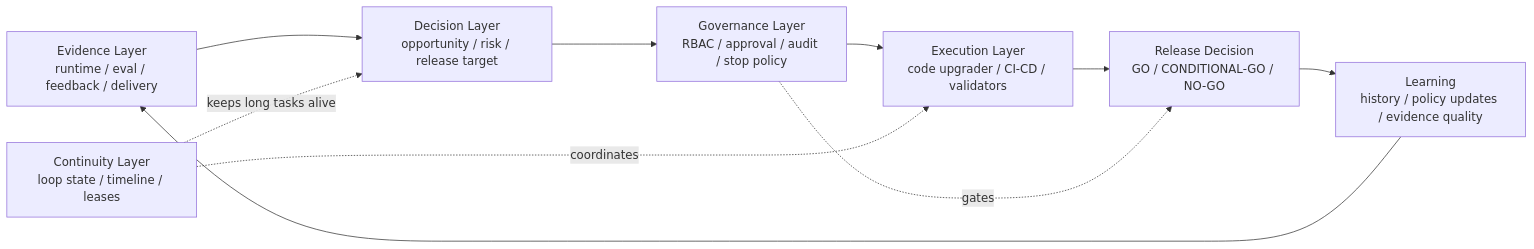
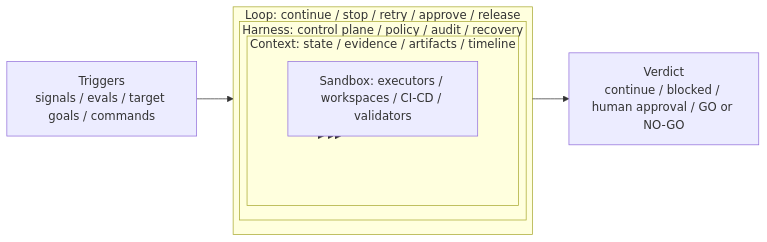
One commit to yeliang-wang/evopilot changed the diagram in docs/architecture/continuous-evolution-control-plane.md. Above: the diagram before and after it, drawn with Mermaid. The commit also changed other lines of this file and 3 other files, not shown here.

````diff
--- a/docs/architecture/continuous-evolution-control-plane.md
+++ b/docs/architecture/continuous-evolution-control-plane.md
@@ -25,16 +37,14 @@
 ```mermaid
 flowchart LR
-  Evidence["Evidence Layer\nruntime / eval / feedback / delivery"]
-  Decision["Decision Layer\nopportunity / risk / release target"]
-  Governance["Governance Layer\nRBAC / approval / audit / stop policy"]
-  Execution["Execution Layer\ncode upgrader / CI-CD / validators"]
-  Continuity["Continuity Layer\nloop state / timeline / leases"]
-  Release["Release Decision\nGO / CONDITIONAL-GO / NO-GO"]
-  Learning["Learning\nhistory / policy updates / evidence quality"]
+  subgraph Loop["Loop: continue / stop / retry / approve / release"]
+    subgraph Harness["Harness: control plane / policy / audit / recovery"]
+      subgraph Context["Context: state / evidence / artifacts / timeline"]
+        Sandbox["Sandbox: executors / workspaces / CI-CD / validators"]
+      end
+    end
+  end
 
-  Evidence --> Decision --> Governance --> Execution --> Release --> Learning
-  Continuity -. keeps long tasks alive .-> Decision
-  Continuity -. coordinates .-> Execution
-  Governance -. gates .-> Release
-  Learning --> Evidence
+  Trigger["Triggers\nsignals / evals / target goals / commands"] --> Loop
+  Loop --> Verdict["Verdict\ncontinue / blocked / human approval / GO or NO-GO"]
+  Sandbox --> Context --> Harness --> Loop
 ```
````
